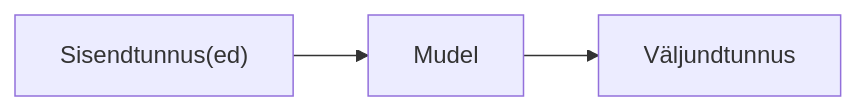
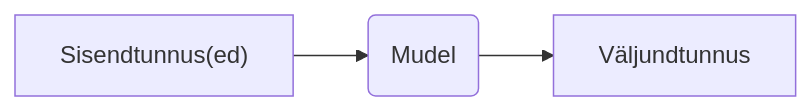
Before and after one commit to lillemets/andmeanalyys: the diagram in linreg.qmd, drawn with Mermaid. The commit also changed other lines of this file and 42 other files, not shown here.

````diff
--- a/linreg.qmd
+++ b/linreg.qmd
@@ -94,4 +99,4 @@
 ```{mermaid}
 flowchart LR
-i["Sisendtunnus(ed)"] --> m[Mudel] --> o[Väljundtunnus]
+i["Sisendtunnus(ed)"] --> m(Mudel) --> o[Väljundtunnus]
 ```
````
